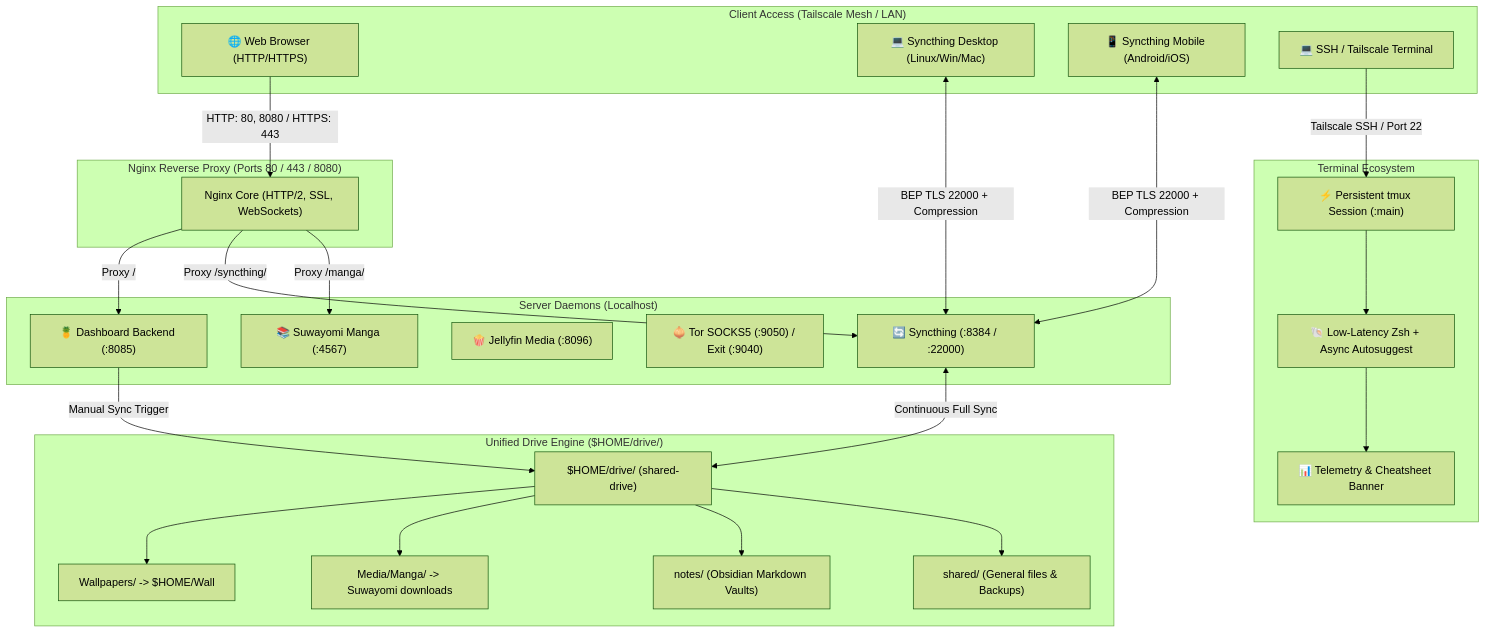
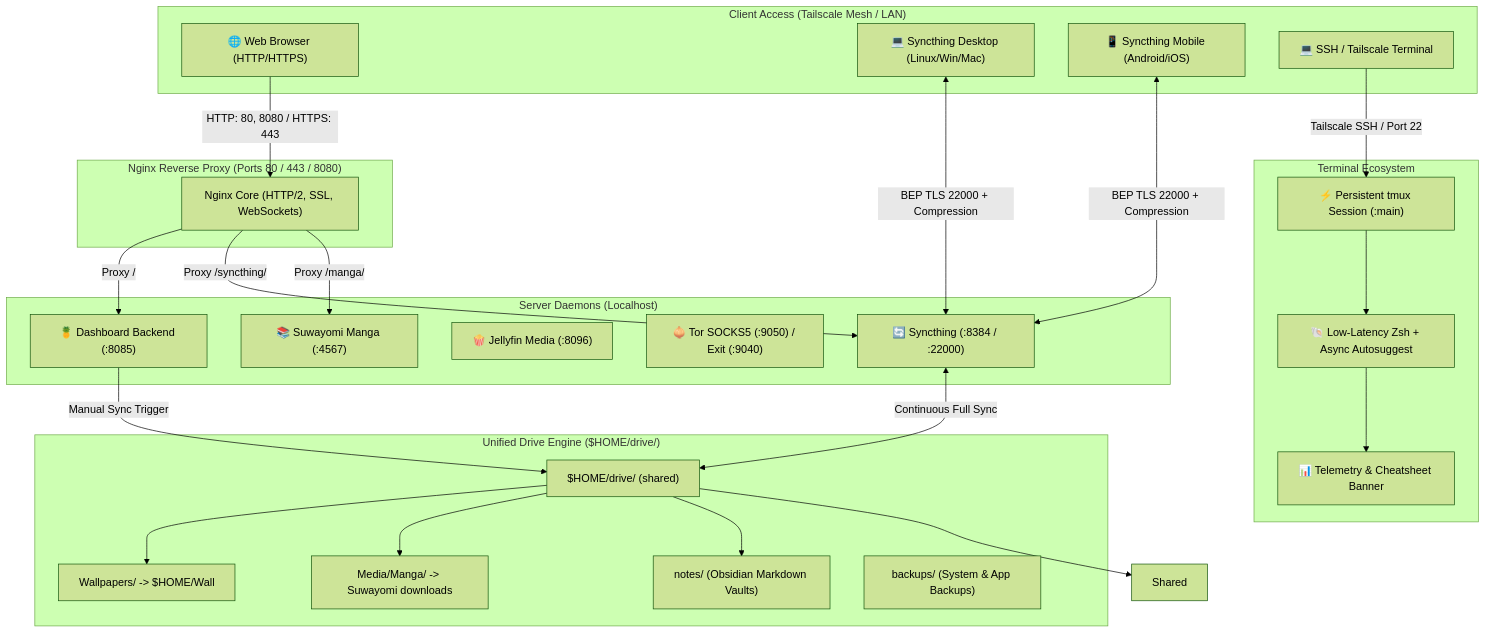
One commit to T1n777/Tinarchy changed the diagram in README.md. Above: the diagram before and after it, drawn with Mermaid (forest theme). The commit also changed other lines of this file and 5 other files, not shown here.

Commit message:
fix(sync): standardize Syncthing folder ID to 'shared', fix drive hierarchy, and update guides

````diff
--- a/README.md
+++ b/README.md
@@ -92,52 +92,52 @@
 ```mermaid
 flowchart TD
     subgraph Clients ["Client Access (Tailscale Mesh / LAN)"]
         Browser["🌐 Web Browser (HTTP/HTTPS)"]
         SyncDesktop["💻 Syncthing Desktop (Linux/Win/Mac)"]
         SyncMobile["📱 Syncthing Mobile (Android/iOS)"]
         SSHClient["💻 SSH / Tailscale Terminal"]
     end
 
     subgraph NginxProxy ["Nginx Reverse Proxy (Ports 80 / 443 / 8080)"]
         Nginx["Nginx Core (HTTP/2, SSL, WebSockets)"]
     end
 
     subgraph TerminalEnv ["Terminal Ecosystem"]
         Tmux["⚡ Persistent tmux Session (:main)"]
         Zsh["🐚 Low-Latency Zsh + Async Autosuggest"]
         Fastfetch["📊 Telemetry & Cheatsheet Banner"]
     end
 
     subgraph Backend ["Server Daemons (Localhost)"]
         Dashboard["🍍 Dashboard Backend (:8085)"]
         Suwayomi["📚 Suwayomi Manga (:4567)"]
         Jellyfin["🍿 Jellyfin Media (:8096)"]
         Tor["🧅 Tor SOCKS5 (:9050) / Exit (:9040)"]
         Syncthing["🔄 Syncthing (:8384 / :22000)"]
     end
 
     subgraph Storage ["Unified Drive Engine ($HOME/drive/)"]
-        DriveRoot["$HOME/drive/ (shared-drive)"]
+        DriveRoot["$HOME/drive/ (shared)"]
         Wallpapers["Wallpapers/ -> $HOME/Wall"]
         Manga["Media/Manga/ -> Suwayomi downloads"]
         Notes["notes/ (Obsidian Markdown Vaults)"]
-        Shared["shared/ (General files & Backups)"]
+        Backups["backups/ (System & App Backups)"]
     end
 
     Browser -->|HTTP: 80, 8080 / HTTPS: 443| Nginx
     Nginx -->|Proxy /| Dashboard
     Nginx -->|Proxy /syncthing/| Syncthing
     Nginx -->|Proxy /manga/| Suwayomi
 
     SSHClient -->|Tailscale SSH / Port 22| Tmux --> Zsh --> Fastfetch
 
     SyncDesktop <-->|BEP TLS 22000 + Compression| Syncthing
     SyncMobile <-->|BEP TLS 22000 + Compression| Syncthing
 
     Syncthing <-->|Continuous Full Sync| DriveRoot
     DriveRoot --> Wallpapers
     DriveRoot --> Manga
     DriveRoot --> Notes
     DriveRoot --> Shared
     Dashboard -->|Manual Sync Trigger| DriveRoot
 ```
````
